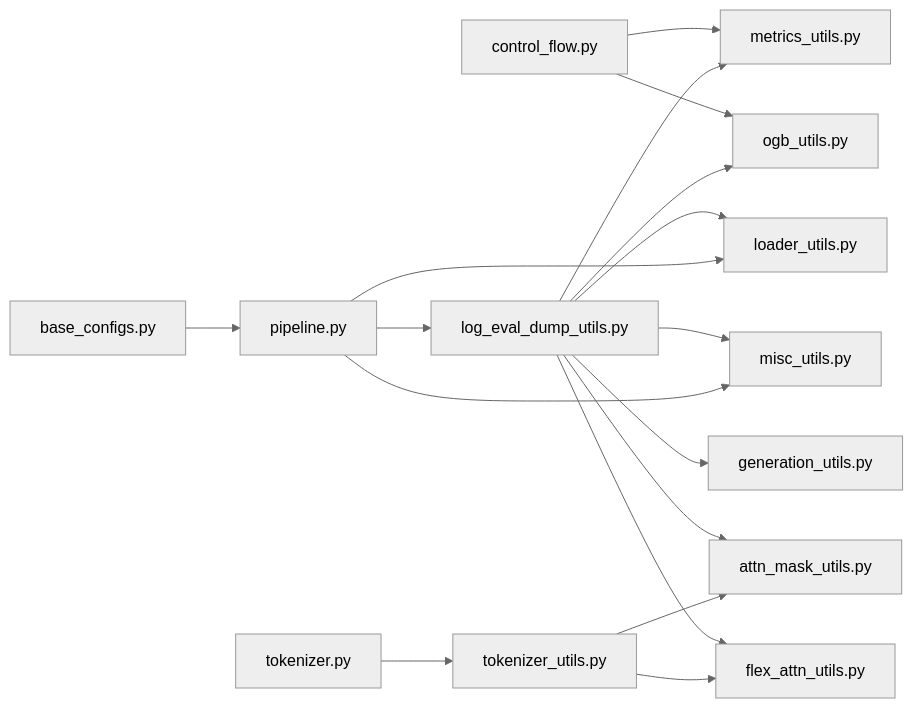
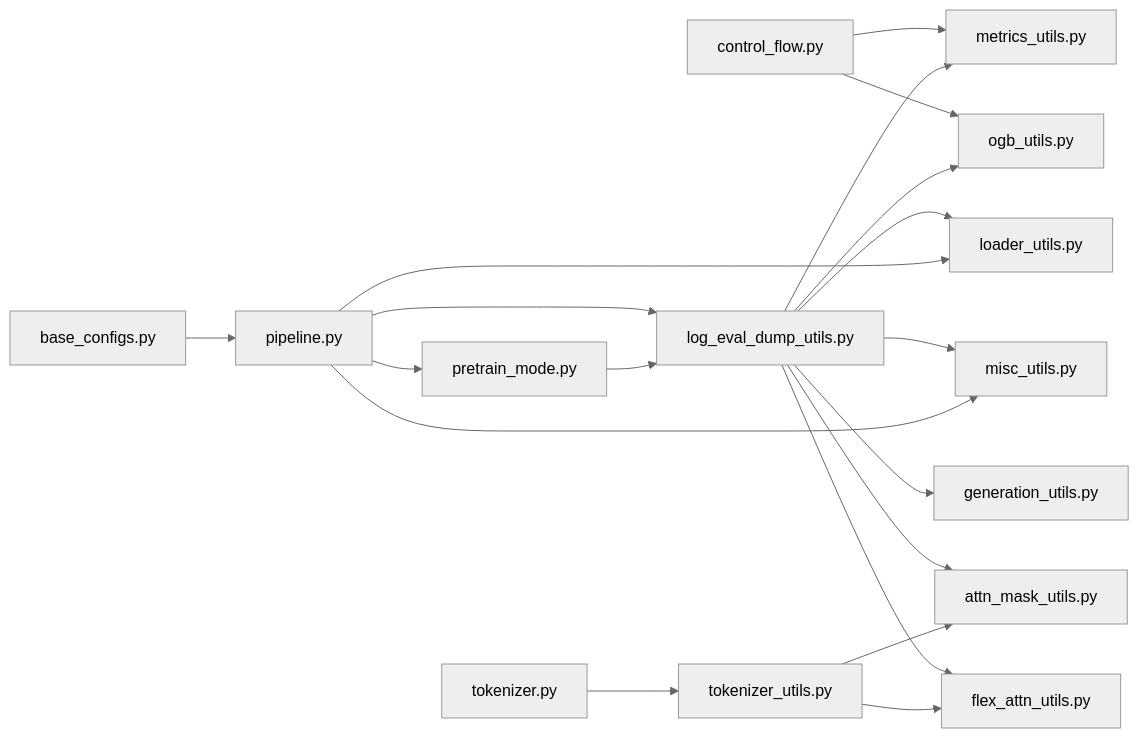
Diagram 11 of 11 in .qoder/repowiki/en/content/Utility Functions/Logging & Evaluation.md (alibaba/graph-gpt), drawn with Mermaid (neutral theme) before and after one commit. The commit also changed other lines of this file and 7 other files, not shown here.

````diff
--- a/.qoder/repowiki/en/content/Utility Functions/Logging & Evaluation.md
+++ b/.qoder/repowiki/en/content/Utility Functions/Logging & Evaluation.md
@@ -491,19 +518,21 @@
 ```mermaid
 graph LR
 CF["control_flow.py"] --> MET["metrics_utils.py"]
 CF --> OGB["ogb_utils.py"]
 LEDU["log_eval_dump_utils.py"] --> MET
 LEDU --> OGB
 LEDU --> LGU["loader_utils.py"]
 LEDU --> MISC["misc_utils.py"]
 LEDU --> GU["generation_utils.py"]
 LEDU --> AMU["attn_mask_utils.py"]
 LEDU --> FAU["flex_attn_utils.py"]
 TKU["tokenizer_utils.py"] --> AMU
 TKU --> FAU
 TK["tokenizer.py"] --> TKU
 PIPE["pipeline.py"] --> LEDU
 PIPE --> MISC
 PIPE --> LGU
+PIPE --> PM["pretrain_mode.py"]
+PM --> LEDU
 CFG["base_configs.py"] --> PIPE
 ```
````
